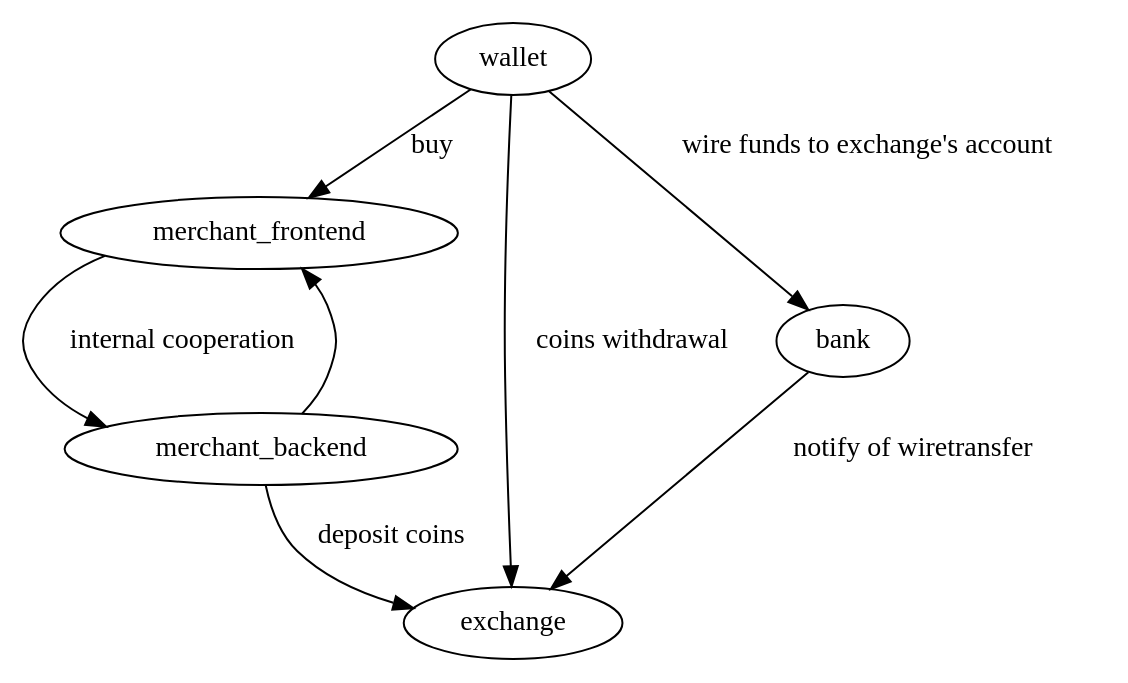
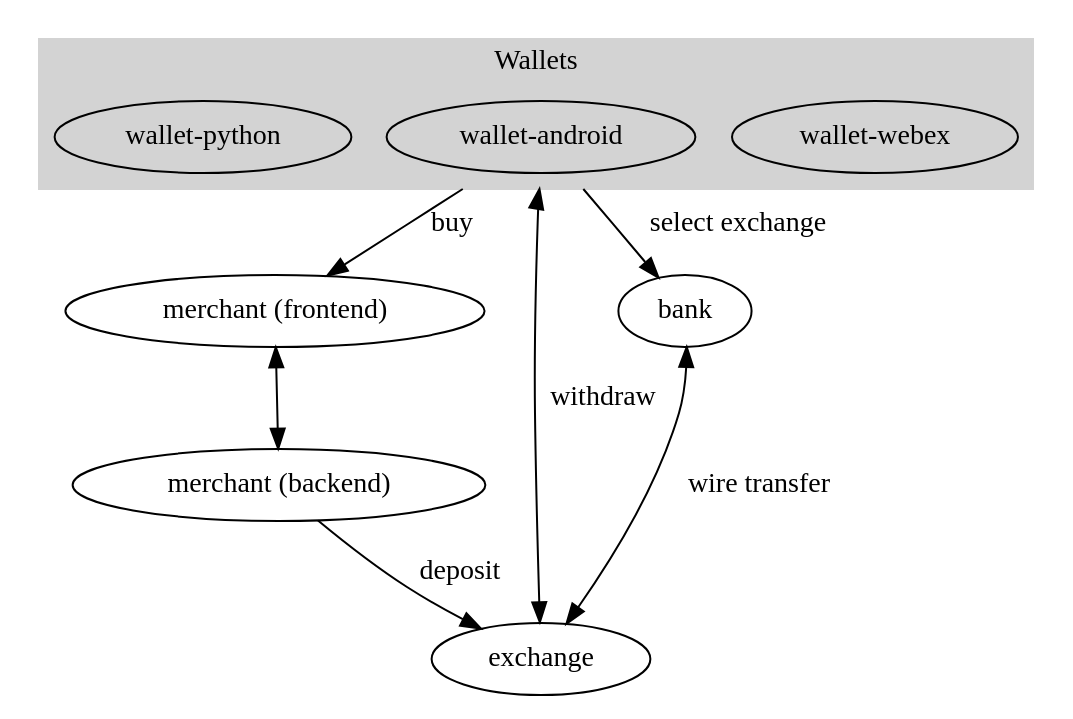
One commit to prototypefund/Digital_Bargeld-docs changed the diagram in diagram.dot. Above: the diagram before and after it, drawn with Graphviz.

Commit message:
update component diagram

```diff
--- a/diagram.dot
+++ b/diagram.dot
@@ -1,10 +1,21 @@
 digraph g {
-size="800,800";
-wallet -> merchant_frontend [label=" buy"];
-merchant_frontend -> merchant_backend [label="internal cooperation"];
-merchant_backend -> merchant_frontend;
-wallet -> exchange [label=" coins withdrawal"];
-merchant_backend -> exchange [label="deposit coins"];
-wallet -> bank [label="wire funds to exchange's account"];
-bank -> exchange [label="notify of wiretransfer"];
+# size="800,800";
+compound=true;
+concatenate=true;
+subgraph cluster_wallet {
+   style=filled;
+   color=lightgrey;
+   webex [label="wallet-webex"];
+   android [label="wallet-android"];
+   legacy [label="wallet-python"];
+   label="Wallets";
 }
+android -> merchant_frontend [label="buy", ltail=cluster_wallet];
+merchant_frontend -> merchant_backend [dir="both"];
+merchant_frontend [label="merchant (frontend)"];
+merchant_backend [label="merchant (backend)"];
+android -> exchange [label="withdraw", ltail=cluster_wallet, dir="both"];
+merchant_backend -> exchange [label="deposit"];
+android -> bank [label="select exchange", ltail=cluster_wallet];
+bank -> exchange [label="wire transfer", dir="both"];
+}
```
